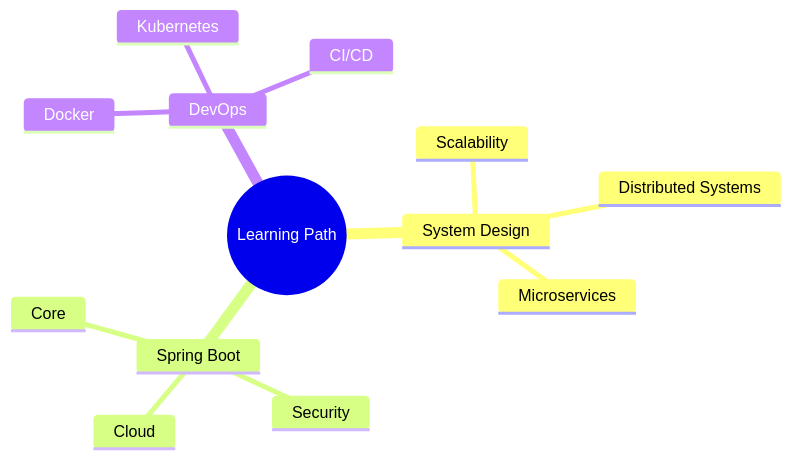
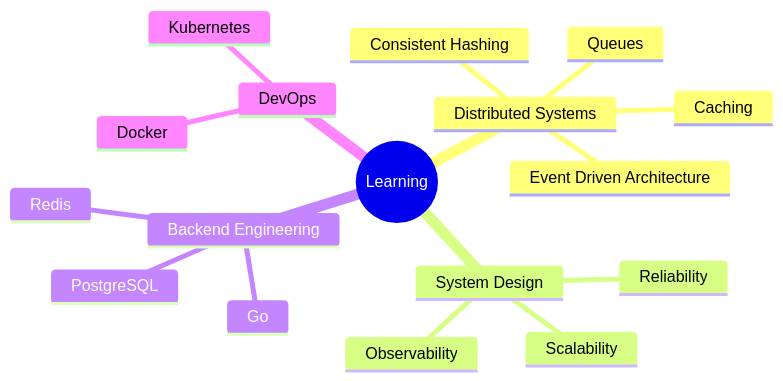
The diagram in README.md (vedant-colab/vedant-colab), drawn with Mermaid before and after one commit. The commit also changed other lines of this file, not shown here.

````diff
--- a/README.md
+++ b/README.md
@@ -85,16 +132,23 @@
 ```mermaid
 mindmap
-  root((Learning Path))
+  root((Learning))
+    Distributed Systems
+      Consistent Hashing
+      Caching
+      Queues
+      Event Driven Architecture
+
     System Design
       Scalability
-      Distributed Systems
-      Microservices
-    Spring Boot
-      Core
-      Security
-      Cloud
+      Reliability
+      Observability
+
+    Backend Engineering
+      Go
+      PostgreSQL
+      Redis
+
     DevOps
       Docker
       Kubernetes
-      CI/CD
 ```
````
